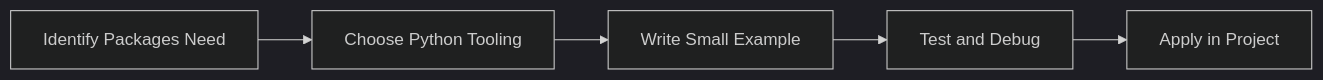
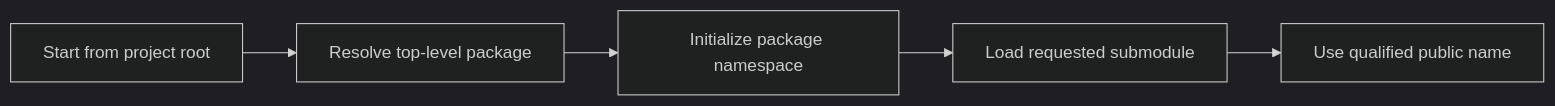
The diagram in Python-Mastery/Beginner/27-packages.md (SYMOIZ/E-Learning-Portal), drawn with Mermaid (dark theme) before and after one commit. The commit also changed other lines of this file and 116 other files, not shown here.

````diff
--- a/Python-Mastery/Beginner/27-packages.md
+++ b/Python-Mastery/Beginner/27-packages.md
@@ -128,7 +134,12 @@
 ```mermaid
 flowchart LR
-    A[Identify Packages Need] --> B[Choose Python Tooling]
-    B --> C[Write Small Example]
-    C --> D[Test and Debug]
-    D --> E[Apply in Project]
+    A[Start from project root]
+    B[Resolve top-level package]
+    C[Initialize package namespace]
+    D[Load requested submodule]
+    E[Use qualified public name]
+    A --> B
+    B --> C
+    C --> D
+    D --> E
 ```
````
